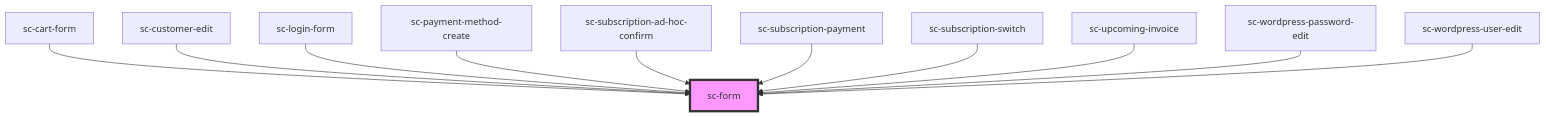
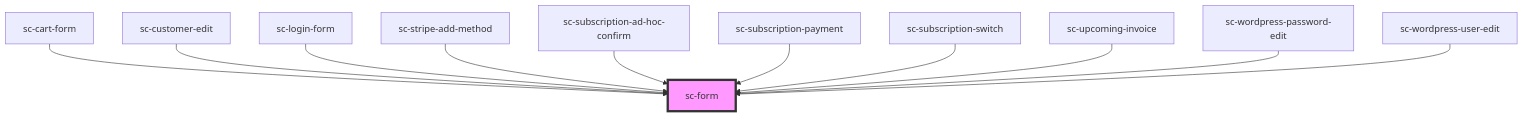
Before and after one commit to surecart/surecart-wp-plugin: the diagram in packages/components/src/components/ui/form/readme.md, drawn with Mermaid. The commit also changed other lines of this file and 10 other files, not shown here.

````diff
--- a/packages/components/src/components/ui/form/readme.md
+++ b/packages/components/src/components/ui/form/readme.md
@@ -90,14 +90,14 @@
 ```mermaid
 graph TD;
   sc-cart-form --> sc-form
   sc-customer-edit --> sc-form
   sc-login-form --> sc-form
-  sc-payment-method-create --> sc-form
+  sc-stripe-add-method --> sc-form
   sc-subscription-ad-hoc-confirm --> sc-form
   sc-subscription-payment --> sc-form
   sc-subscription-switch --> sc-form
   sc-upcoming-invoice --> sc-form
   sc-wordpress-password-edit --> sc-form
   sc-wordpress-user-edit --> sc-form
   style sc-form fill:#f9f,stroke:#333,stroke-width:4px
 ```
````
